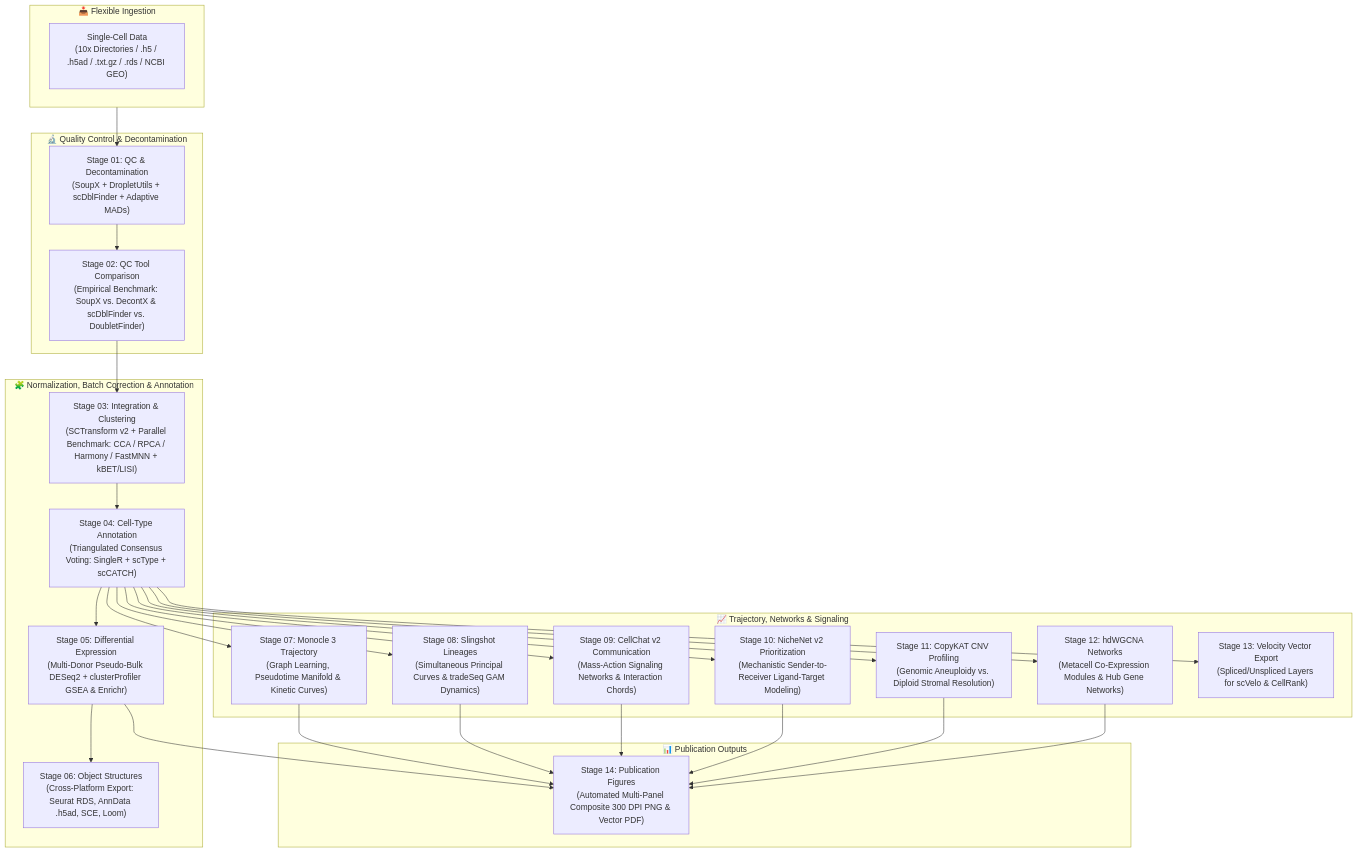
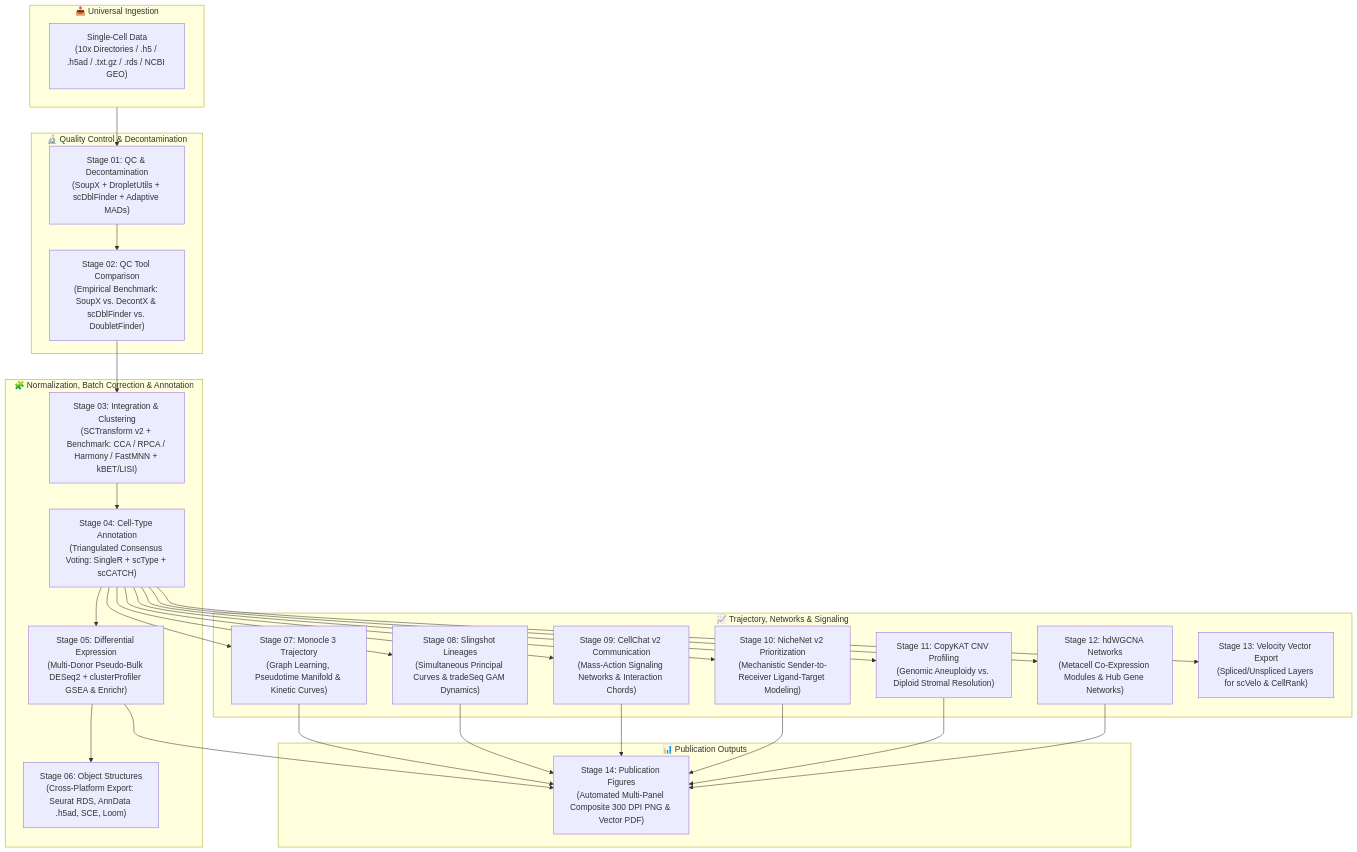
Before and after one commit to VENKATESH-282/scRATool: the diagram in README.md, drawn with Mermaid. The commit also changed other lines of this file and 12 other files, not shown here.

````diff
--- a/README.md
+++ b/README.md
@@ -44,49 +125,49 @@
 ```mermaid
 flowchart TD
-    subgraph INGESTION ["📥 Flexible Ingestion"]
+    subgraph INGESTION ["📥 Universal Ingestion"]
         A["Single-Cell Data<br/>(10x Directories / .h5 / .h5ad / .txt.gz / .rds / NCBI GEO)"]
     end
 
     subgraph QC ["🔬 Quality Control & Decontamination"]
         B["Stage 01: QC & Decontamination<br/>(SoupX + DropletUtils + scDblFinder + Adaptive MADs)"]
         C["Stage 02: QC Tool Comparison<br/>(Empirical Benchmark: SoupX vs. DecontX & scDblFinder vs. DoubletFinder)"]
     end
 
     subgraph INTEGRATION ["🧩 Normalization, Batch Correction & Annotation"]
-        D["Stage 03: Integration & Clustering<br/>(SCTransform v2 + Parallel Benchmark: CCA / RPCA / Harmony / FastMNN + kBET/LISI)"]
+        D["Stage 03: Integration & Clustering<br/>(SCTransform v2 + Benchmark: CCA / RPCA / Harmony / FastMNN + kBET/LISI)"]
         E["Stage 04: Cell-Type Annotation<br/>(Triangulated Consensus Voting: SingleR + scType + scCATCH)"]
         F["Stage 05: Differential Expression<br/>(Multi-Donor Pseudo-Bulk DESeq2 + clusterProfiler GSEA & Enrichr)"]
         G["Stage 06: Object Structures<br/>(Cross-Platform Export: Seurat RDS, AnnData .h5ad, SCE, Loom)"]
     end
 
     subgraph ADVANCED ["📈 Trajectory, Networks & Signaling"]
         H["Stage 07: Monocle 3 Trajectory<br/>(Graph Learning, Pseudotime Manifold & Kinetic Curves)"]
         I["Stage 08: Slingshot Lineages<br/>(Simultaneous Principal Curves & tradeSeq GAM Dynamics)"]
         J["Stage 09: CellChat v2 Communication<br/>(Mass-Action Signaling Networks & Interaction Chords)"]
         K["Stage 10: NicheNet v2 Prioritization<br/>(Mechanistic Sender-to-Receiver Ligand-Target Modeling)"]
         L["Stage 11: CopyKAT CNV Profiling<br/>(Genomic Aneuploidy vs. Diploid Stromal Resolution)"]
         M["Stage 12: hdWGCNA Networks<br/>(Metacell Co-Expression Modules & Hub Gene Networks)"]
         N["Stage 13: Velocity Vector Export<br/>(Spliced/Unspliced Layers for scVelo & CellRank)"]
     end
 
     subgraph FIGURES ["📊 Publication Outputs"]
         O["Stage 14: Publication Figures<br/>(Automated Multi-Panel Composite 300 DPI PNG & Vector PDF)"]
     end
 
     INGESTION --> B
     B --> C --> D --> E --> F --> G
     E --> H
     E --> I
     E --> J
     E --> K
     E --> L
     E --> M
     E --> N
     F --> O
     H --> O
     I --> O
     J --> O
     K --> O
     L --> O
     M --> O
 ```
````
